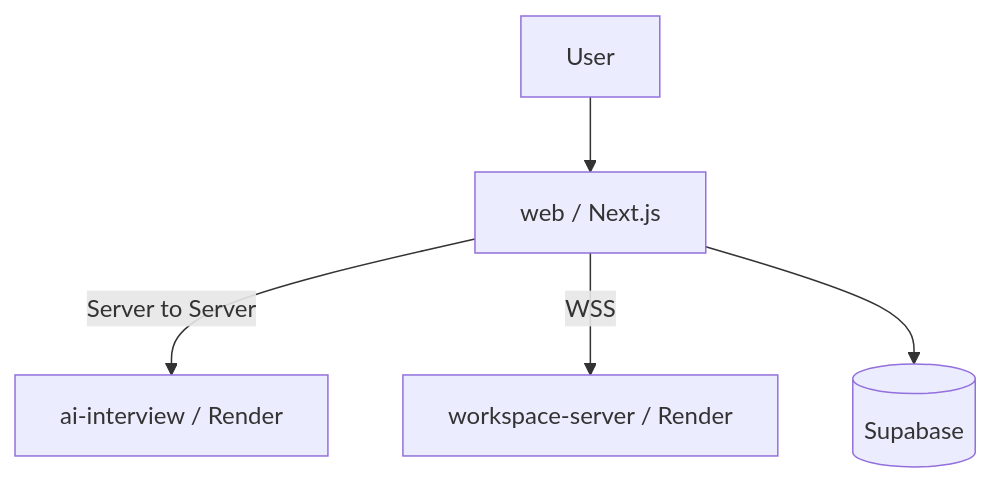
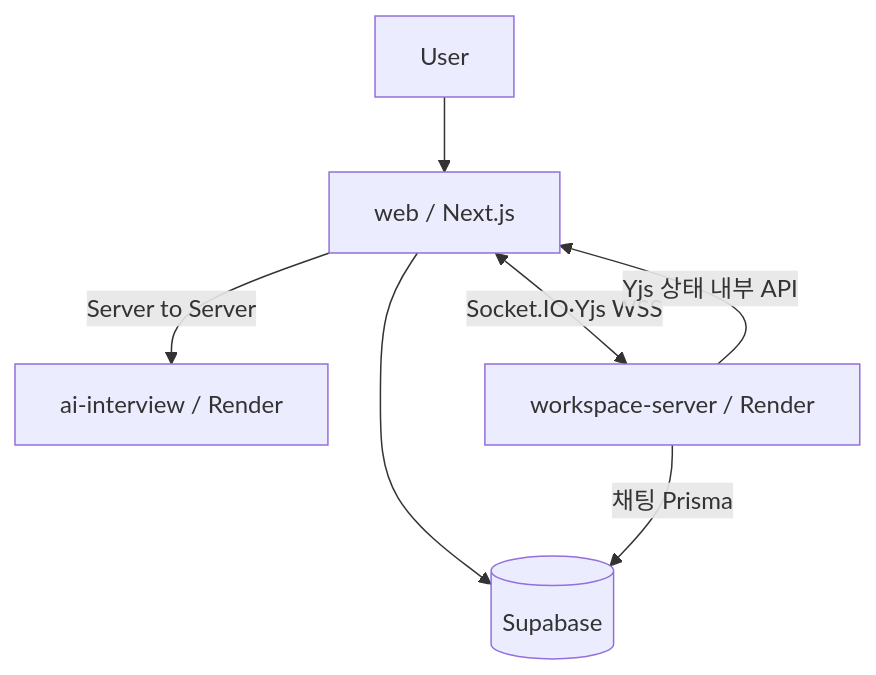
The diagram in web/README.md (Buc-Capstone-Dibut/buc_Capstone_DEMO), drawn with Mermaid before and after one commit. The commit also changed other lines of this file and 9 other files, not shown here.

````diff
--- a/web/README.md
+++ b/web/README.md
@@ -15,7 +15,9 @@
 ```mermaid
 flowchart TB
     U[User] --> WEB[web / Next.js]
     WEB -->|Server to Server| AI[ai-interview / Render]
-    WEB -->|WSS| WS[workspace-server / Render]
+    WEB <-->|Socket.IO·Yjs WSS| WS[workspace-server / Render]
+    WS -->|Yjs 상태 내부 API| WEB
     WEB --> SB[(Supabase)]
+    WS -->|채팅 Prisma| SB
 ```
````
